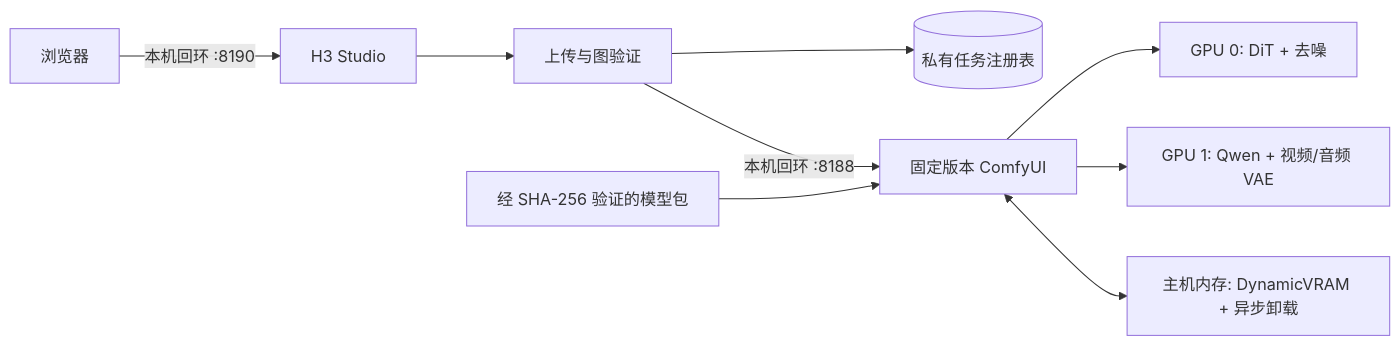
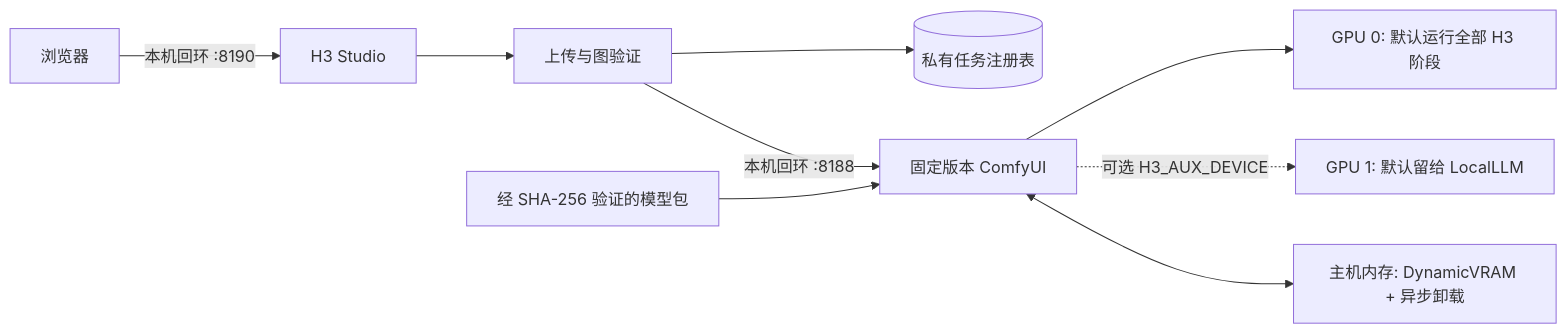
One commit to lachlanchen/LocalVideoGen changed the diagram in i18n/README.zh-Hans.md. Above: the diagram before and after it, drawn with Mermaid. The commit also changed other lines of this file and 28 other files, not shown here.

````diff
--- a/i18n/README.zh-Hans.md
+++ b/i18n/README.zh-Hans.md
@@ -54,11 +56,12 @@
 ```mermaid
 flowchart LR
     B[浏览器] -->|本机回环 :8190| S[H3 Studio]
     S --> V[上传与图验证]
     V --> J[(私有任务注册表)]
     V -->|本机回环 :8188| C[固定版本 ComfyUI]
-    C --> G0[GPU 0: DiT + 去噪]
-    C --> G1[GPU 1: Qwen + 视频/音频 VAE]
+    C --> G0[GPU 0: 默认运行全部 H3 阶段]
+    G1[GPU 1: 默认留给 LocalLLM]
+    C -. 可选 H3_AUX_DEVICE .-> G1
     C <--> R[主机内存: DynamicVRAM + 异步卸载]
     M[经 SHA-256 验证的模型包] --> C
 ```
````
